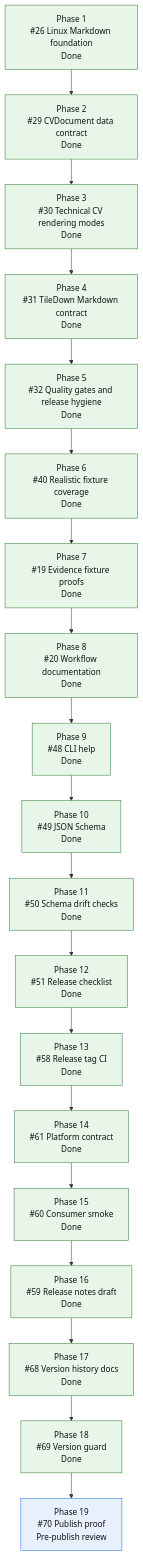
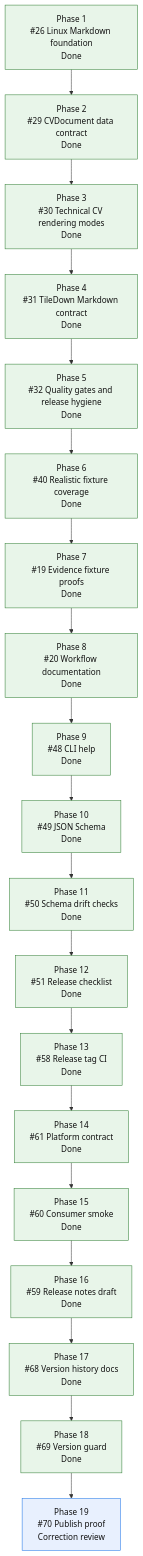
Before and after one commit to mihaelamj/cvbuilder: the diagram in README.md, drawn with Mermaid. The commit also changed other lines of this file and 3 other files, not shown here.

````diff
--- a/README.md
+++ b/README.md
@@ -169,36 +169,36 @@
 ```mermaid
 flowchart TD
     P1["Phase 1<br/>#26 Linux Markdown foundation<br/>Done"]
     P2["Phase 2<br/>#29 CVDocument data contract<br/>Done"]
     P3["Phase 3<br/>#30 Technical CV rendering modes<br/>Done"]
     P4["Phase 4<br/>#31 TileDown Markdown contract<br/>Done"]
     P5["Phase 5<br/>#32 Quality gates and release hygiene<br/>Done"]
     P6["Phase 6<br/>#40 Realistic fixture coverage<br/>Done"]
     P7["Phase 7<br/>#19 Evidence fixture proofs<br/>Done"]
     P8["Phase 8<br/>#20 Workflow documentation<br/>Done"]
     P9["Phase 9<br/>#48 CLI help<br/>Done"]
     P10["Phase 10<br/>#49 JSON Schema<br/>Done"]
     P11["Phase 11<br/>#50 Schema drift checks<br/>Done"]
     P12["Phase 12<br/>#51 Release checklist<br/>Done"]
     P13["Phase 13<br/>#58 Release tag CI<br/>Done"]
     P14["Phase 14<br/>#61 Platform contract<br/>Done"]
     P15["Phase 15<br/>#60 Consumer smoke<br/>Done"]
     P16["Phase 16<br/>#59 Release notes draft<br/>Done"]
     P17["Phase 17<br/>#68 Version history docs<br/>Done"]
     P18["Phase 18<br/>#69 Version guard<br/>Done"]
-    P19["Phase 19<br/>#70 Publish proof<br/>Pre-publish review"]
+    P19["Phase 19<br/>#70 Publish proof<br/>Correction review"]
 
     P1 --> P2 --> P3 --> P4 --> P5 --> P6 --> P7 --> P8 --> P9 --> P10 --> P11 --> P12 --> P13 --> P14 --> P15 --> P16 --> P17 --> P18 --> P19
 
     classDef done fill:#e8f5e9,stroke:#2e7d32,color:#111;
     classDef active fill:#fff3e0,stroke:#ef6c00,color:#111;
     classDef review fill:#e8f0fe,stroke:#1a73e8,color:#111;
     classDef next fill:#fff8e1,stroke:#f9a825,color:#111;
     classDef partial fill:#e0f7fa,stroke:#00838f,color:#111;
     classDef todo fill:#eef3ff,stroke:#3367d6,color:#111;
     class P1,P2,P3,P4 done;
     class P5,P6,P7,P8,P9,P10,P11,P12,P13,P14,P15,P16 done;
     class P17 done;
     class P18 done;
     class P19 review;
 ```
````
